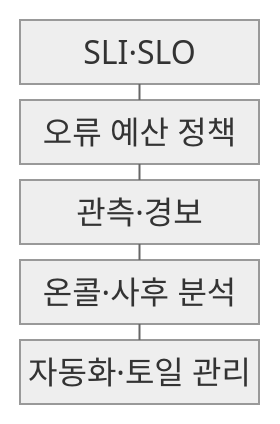
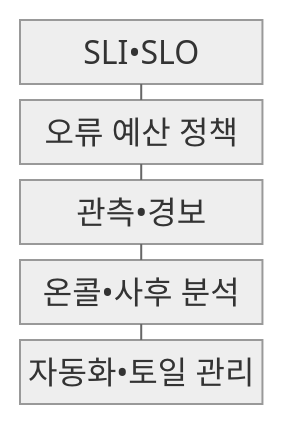
One commit to agnusdei1207/knowledge-base changed the first of 2 diagrams in src/content/docs/notes/03-software/164_site_reliability_engineering.md. Above: the diagram before and after it, drawn with Mermaid (neutral theme). The commit also changed other lines of this file and 953 other files, not shown here.

````diff
--- a/src/content/docs/notes/03-software/164_site_reliability_engineering.md
+++ b/src/content/docs/notes/03-software/164_site_reliability_engineering.md
@@ -63,13 +63,13 @@
 ```mermaid
 block
     columns 1
-    A["SLI·SLO"]
+    A["SLI•SLO"]
     B["오류 예산 정책"]
-    C["관측·경보"]
-    D["온콜·사후 분석"]
-    E["자동화·토일 관리"]
+    C["관측•경보"]
+    D["온콜•사후 분석"]
+    E["자동화•토일 관리"]
     A --- B
     B --- C
     C --- D
     D --- E
 ```
````
